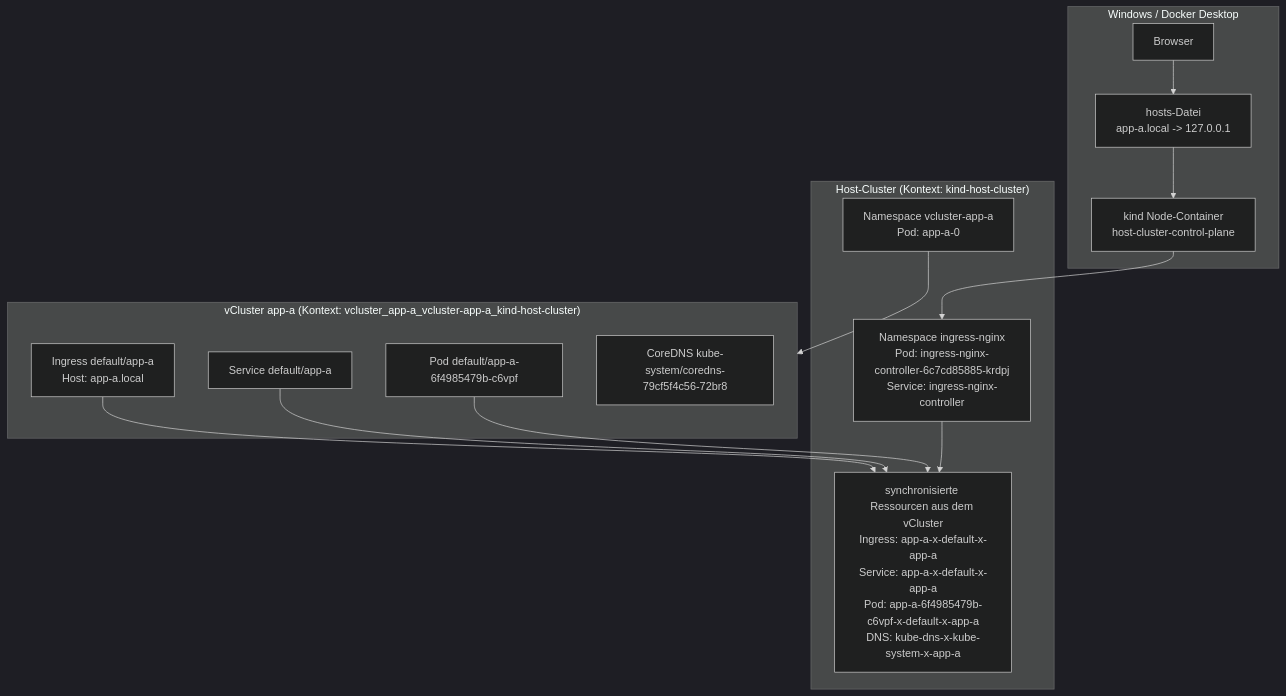
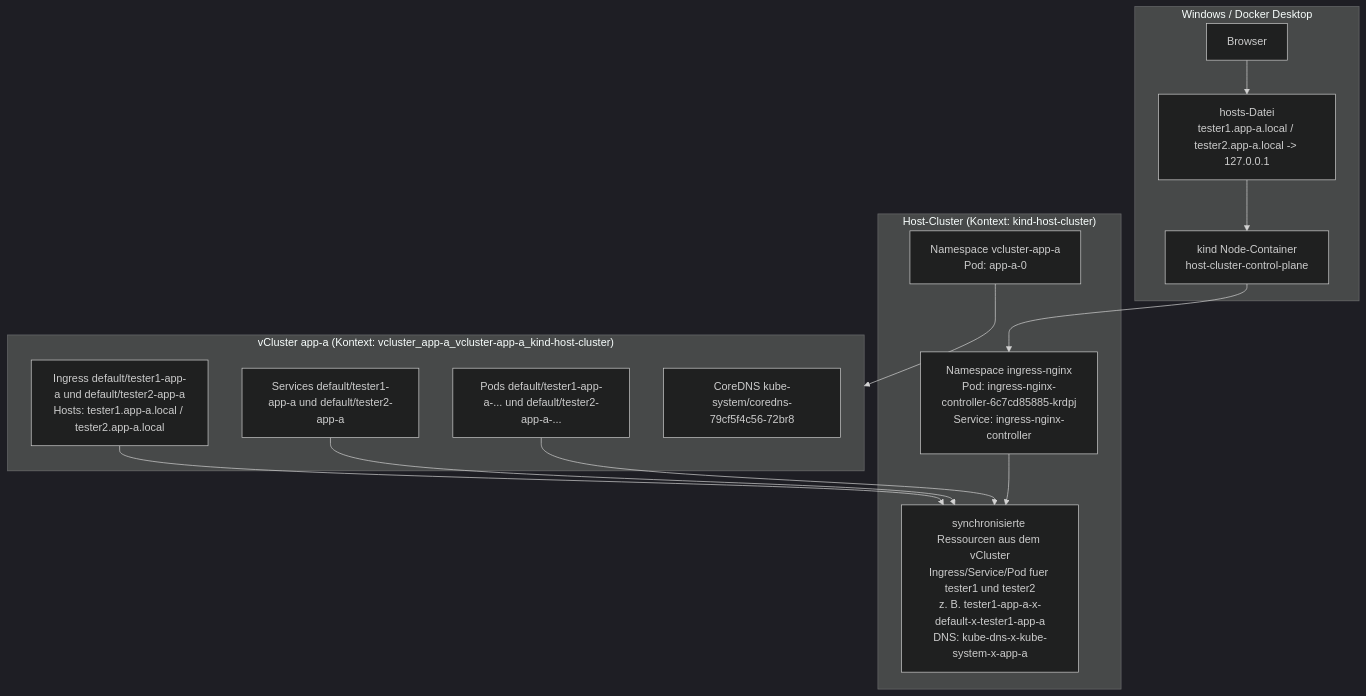
The second of 2 diagrams in docs/architecture/lokales-vcluster-ingress-diagramme.md (TomBuilder/kubernetes_lokal), drawn with Mermaid (dark theme) before and after one commit. The commit also changed other lines of this file and 12 other files, not shown here.

````diff
--- a/docs/architecture/lokales-vcluster-ingress-diagramme.md
+++ b/docs/architecture/lokales-vcluster-ingress-diagramme.md
@@ -20,30 +20,30 @@
 ```mermaid
 flowchart TB
     subgraph W["Windows / Docker Desktop"]
         B["Browser"]
-        H["hosts-Datei<br/>app-a.local -> 127.0.0.1"]
+        H["hosts-Datei<br/>tester1.app-a.local / tester2.app-a.local -> 127.0.0.1"]
         K["kind Node-Container<br/>host-cluster-control-plane"]
     end
 
     subgraph HC["Host-Cluster (Kontext: kind-host-cluster)"]
         IC["Namespace ingress-nginx<br/>Pod: ingress-nginx-controller-6c7cd85885-krdpj<br/>Service: ingress-nginx-controller"]
         VC["Namespace vcluster-app-a<br/>Pod: app-a-0"]
-        HS["synchronisierte Ressourcen aus dem vCluster<br/>Ingress: app-a-x-default-x-app-a<br/>Service: app-a-x-default-x-app-a<br/>Pod: app-a-6f4985479b-c6vpf-x-default-x-app-a<br/>DNS: kube-dns-x-kube-system-x-app-a"]
+        HS["synchronisierte Ressourcen aus dem vCluster<br/>Ingress/Service/Pod fuer tester1 und tester2<br/>z. B. tester1-app-a-x-default-x-tester1-app-a<br/>DNS: kube-dns-x-kube-system-x-app-a"]
     end
 
     subgraph V["vCluster app-a (Kontext: vcluster_app-a_vcluster-app-a_kind-host-cluster)"]
-        VI["Ingress default/app-a<br/>Host: app-a.local"]
-        VS["Service default/app-a"]
-        VP["Pod default/app-a-6f4985479b-c6vpf"]
+        VI["Ingress default/tester1-app-a und default/tester2-app-a<br/>Hosts: tester1.app-a.local / tester2.app-a.local"]
+        VS["Services default/tester1-app-a und default/tester2-app-a"]
+        VP["Pods default/tester1-app-a-... und default/tester2-app-a-..."]
         VD["CoreDNS kube-system/coredns-79cf5f4c56-72br8"]
     end
 
     B --> H
     H --> K
     K --> IC
     VC --> V
     VI --> HS
     VS --> HS
     VP --> HS
     IC --> HS
 ```
````
